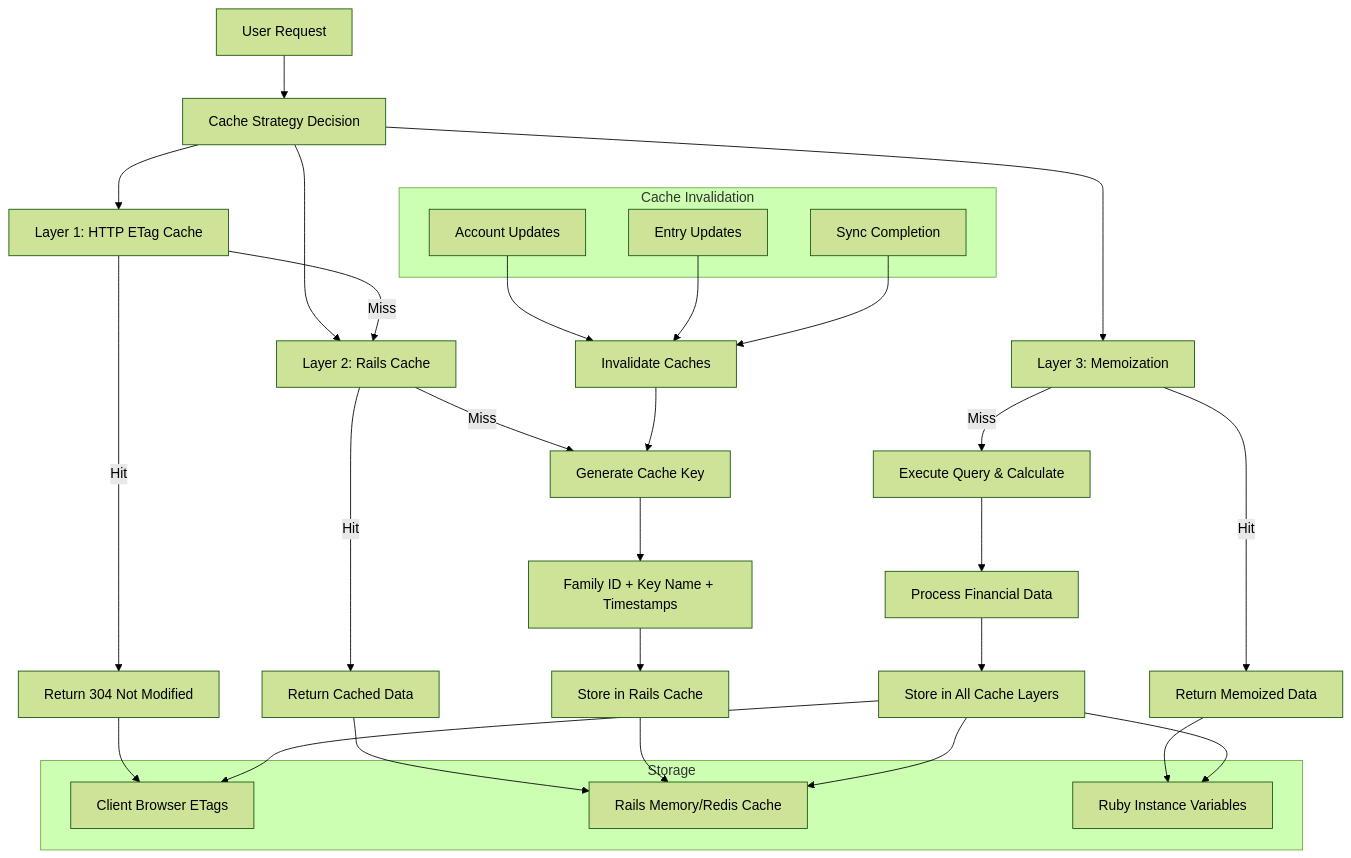
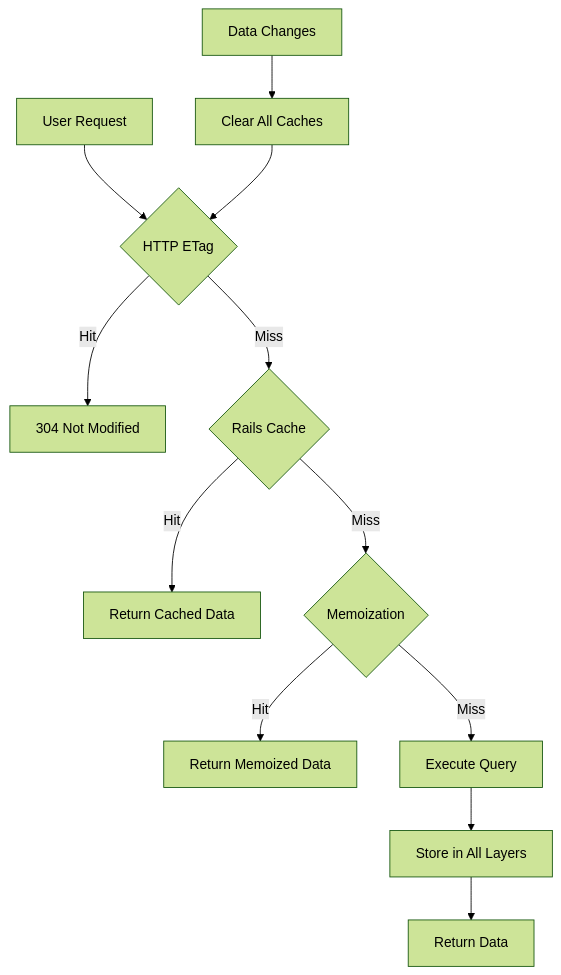
The third of 5 diagrams in breakdown/maybe-finance.md (dwarvesf/research), drawn with Mermaid (forest theme) before and after one commit. The commit also changed other lines of this file and 1 other file, not shown here.

````diff
--- a/breakdown/maybe-finance.md
+++ b/breakdown/maybe-finance.md
@@ -188,54 +188,21 @@
 ```mermaid
 flowchart TD
-    %% User Entry Points
-    A[User Request] --> B[Cache Strategy Decision]
+    %% User Entry
+    A[User Request] --> B{HTTP ETag}
 
     %% Three Cache Layers
-    B --> C[Layer 1: HTTP ETag Cache]
-    B --> D[Layer 2: Rails Cache]
-    B --> E[Layer 3: Memoization]
+    B -->|Hit| C[304 Not Modified]
+    B -->|Miss| D{Rails Cache}
+    D -->|Hit| E[Return Cached Data]
+    D -->|Miss| F{Memoization}
+    F -->|Hit| G[Return Memoized Data]
+    F -->|Miss| H[Execute Query]
 
-    %% Cache Hit/Miss Flow
-    C -->|Hit| F[Return 304 Not Modified]
-    C -->|Miss| D
-    D -->|Hit| G[Return Cached Data]
-    D -->|Miss| H[Generate Cache Key]
-    E -->|Hit| I[Return Memoized Data]
-    E -->|Miss| J[Execute Query & Calculate]
-
-    %% Cache Key Generation
-    H --> K[Family ID + Key Name + Timestamps]
-    K --> L[Store in Rails Cache]
-
-    %% Data Processing
-    J --> M[Process Financial Data]
-    M --> N[Store in All Cache Layers]
-
-    %% Storage Backends
-    subgraph "Storage"
-        O[Client Browser ETags]
-        P[Rails Memory/Redis Cache]
-        Q[Ruby Instance Variables]
-    end
+    %% Data Flow
+    H --> I[Store in All Layers]
+    I --> J[Return Data]
 
     %% Invalidation
-    subgraph "Cache Invalidation"
-        R[Account Updates]
-        S[Entry Updates]
-        T[Sync Completion]
-    end
-
-    %% Connections
-    F --> O
-    G --> P
-    L --> P
-    I --> Q
-    N --> O
-    N --> P
-    N --> Q
-
-    R --> U[Invalidate Caches]
-    S --> U
-    T --> U
-    U --> H
+    K[Data Changes] --> L[Clear All Caches]
+    L --> B
 ```
````
